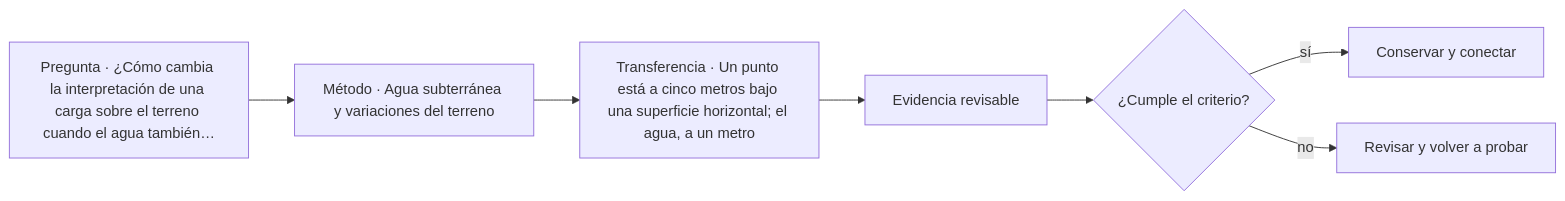
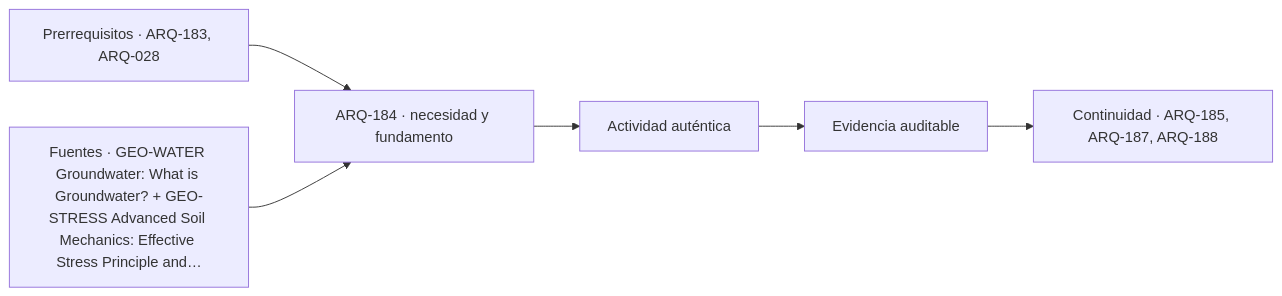
Before and after one commit to vladimiracunadev-create/architecture-built-environment-learning-program: the diagram in classes/parte-19/ARQ-184.md, drawn with Mermaid. The commit also changed other lines of this file and 761 other files, not shown here.

````diff
--- a/classes/parte-19/ARQ-184.md
+++ b/classes/parte-19/ARQ-184.md
@@ -115,9 +127,8 @@
 ```mermaid
 flowchart LR
-    Q["Pregunta · ¿Cómo cambia la interpretación de una carga sobre el terreno cuando el agua también…"] --> M["Método · Agua subterránea y variaciones del terreno"]
-    M --> P["Transferencia · Un punto está a cinco metros bajo una superficie horizontal; el agua, a un metro"]
-    P --> E["Evidencia revisable"]
-    E --> C{"¿Cumple el criterio?"}
-    C -->|sí| T["Conservar y conectar"]
-    C -->|no| R["Revisar y volver a probar"]
+    A["Prerrequisitos · ARQ-183, ARQ-028"] --> B["ARQ-184 · necesidad y fundamento"]
+    S["Fuentes · GEO-WATER Groundwater: What is Groundwater? + GEO-STRESS Advanced Soil Mechanics: Effective Stress Principle and…"] --> B
+    B --> C["Actividad auténtica"]
+    C --> D["Evidencia auditable"]
+    D --> E["Continuidad · ARQ-185, ARQ-187, ARQ-188"]
 ```
````
